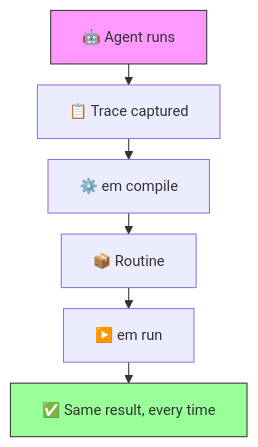
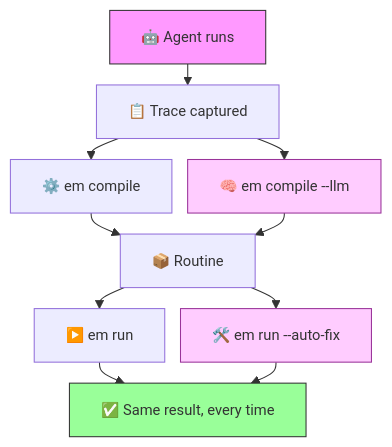
One commit to samiveikko/executable-memory changed the diagram in README.md. Above: the diagram before and after it, drawn with Mermaid. The commit also changed other lines of this file and 16 other files, not shown here.

First line of the commit message:
Add LLM intelligence: smart compilation and runtime auto-fix

````diff
--- a/README.md
+++ b/README.md
@@ -7,19 +7,25 @@
 ```mermaid
 ---
 config:
   themeVariables:
     fontSize: 14px
   flowchart:
     padding: 15
     nodeSpacing: 15
     rankSpacing: 20
 ---
 graph TB
     A["🤖 Agent runs"] --> B["📋 Trace captured"]
     B --> C["⚙️ em compile"]
+    B --> C2["🧠 em compile --llm"]
     C --> D["📦 Routine"]
+    C2 --> D
     D --> E["▶️ em run"]
+    D --> E2["🛠️ em run --auto-fix"]
     E --> F["✅ Same result, every time"]
+    E2 --> F
     style A fill:#f9f,stroke:#333
     style F fill:#9f9,stroke:#333
+    style C2 fill:#fcf,stroke:#939
+    style E2 fill:#fcf,stroke:#939
 ```
````
